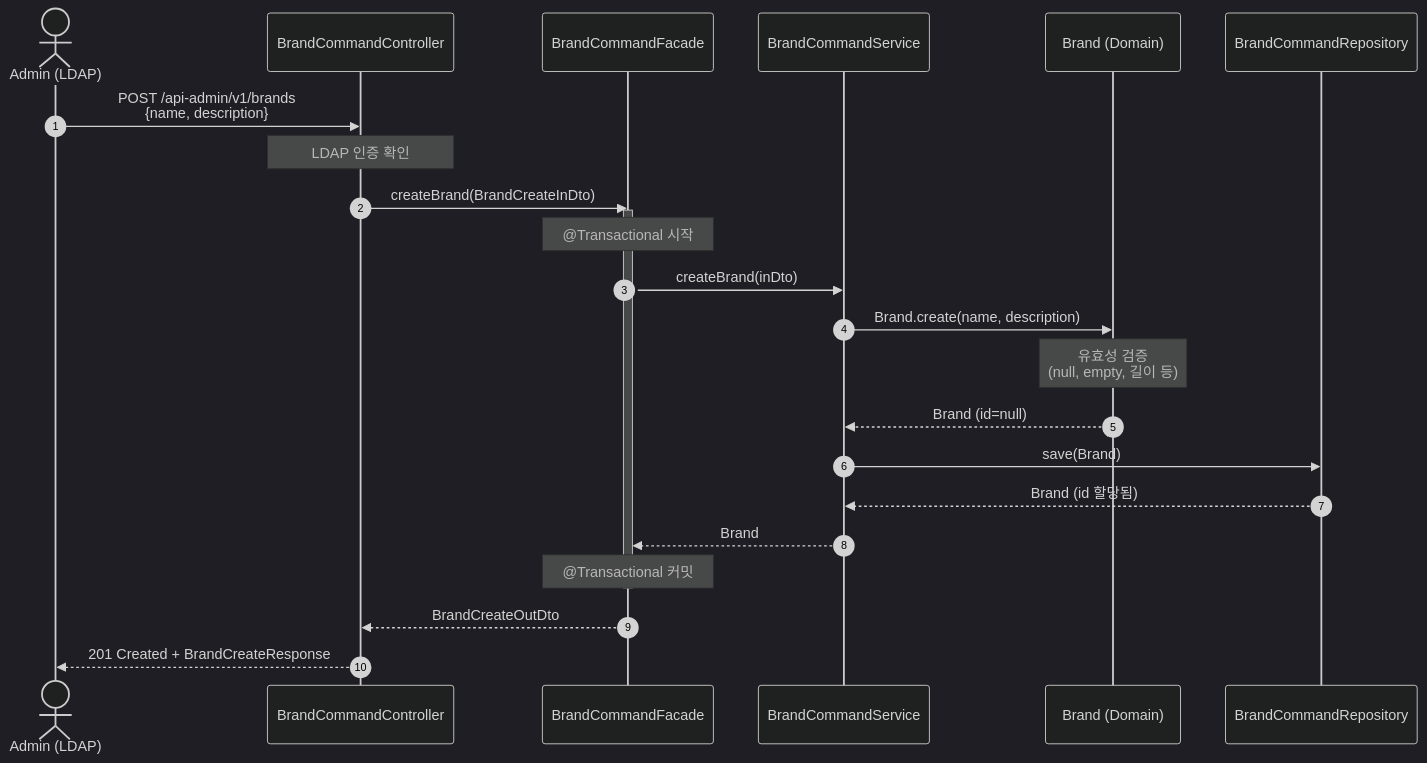
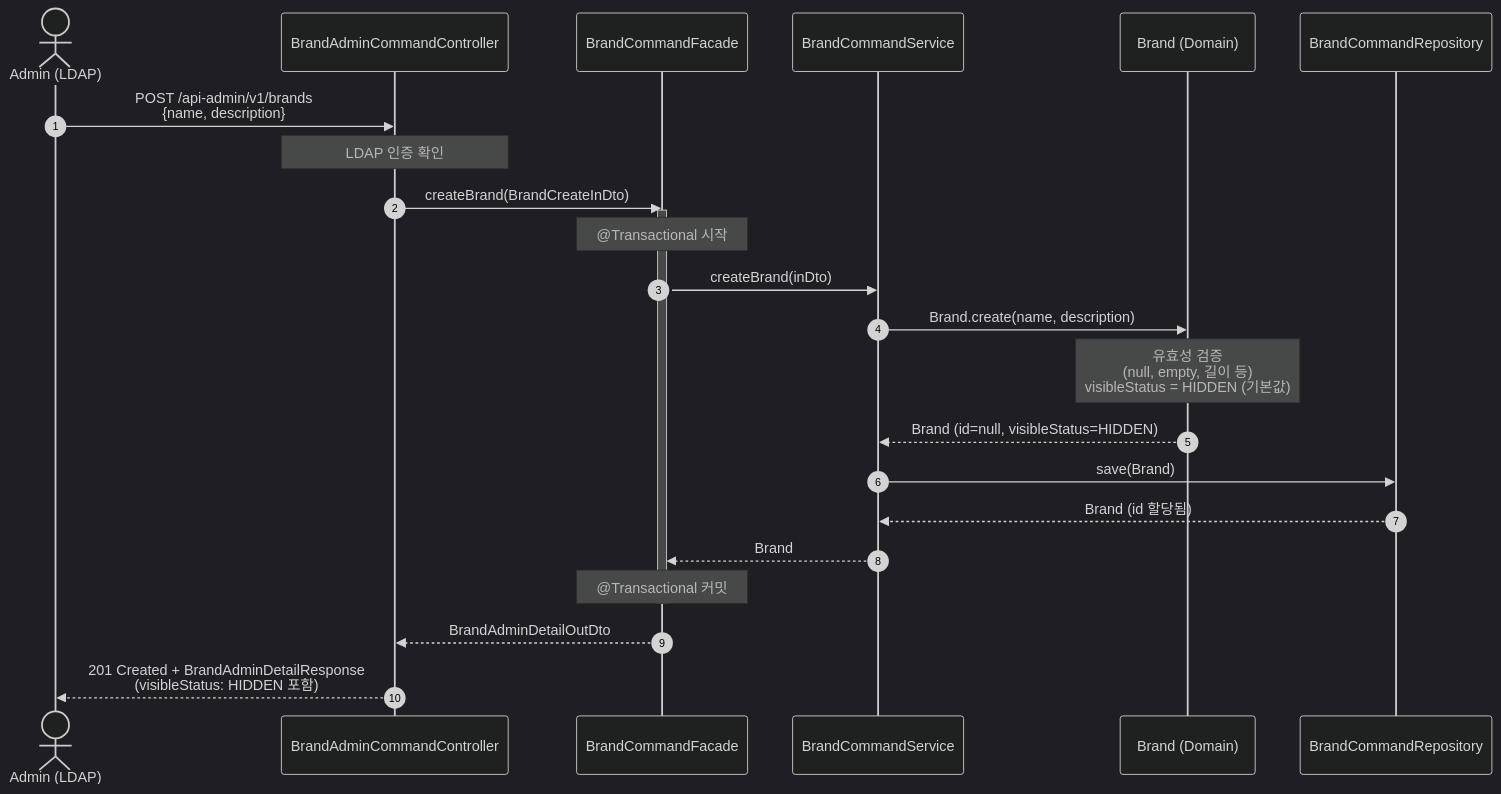
One commit to Hwan0518/loop-pack-be-l2-vol3-java changed the third of 30 diagrams in docs/design/02-sequence-diagrams.md. Above: the diagram before and after it, drawn with Mermaid (dark theme). The commit also changed other lines of this file and 474 other files, not shown here.

````diff
--- a/docs/design/02-sequence-diagrams.md
+++ b/docs/design/02-sequence-diagrams.md
@@ -229,27 +241,27 @@
 ```mermaid
 sequenceDiagram
     autonumber
     actor Admin as Admin (LDAP)
-    participant Controller as BrandCommandController
+    participant Controller as BrandAdminCommandController
     participant Facade as BrandCommandFacade
     participant Service as BrandCommandService
     participant Brand as Brand (Domain)
     participant Repository as BrandCommandRepository
 
     Admin->>Controller: POST /api-admin/v1/brands<br/>{name, description}
     Note over Controller: LDAP 인증 확인
     Controller->>Facade: createBrand(BrandCreateInDto)
     activate Facade
     Note over Facade: @Transactional 시작
     Facade->>Service: createBrand(inDto)
     Service->>Brand: Brand.create(name, description)
-    Note over Brand: 유효성 검증<br/>(null, empty, 길이 등)
-    Brand-->>Service: Brand (id=null)
+    Note over Brand: 유효성 검증<br/>(null, empty, 길이 등)<br/>visibleStatus = HIDDEN (기본값)
+    Brand-->>Service: Brand (id=null, visibleStatus=HIDDEN)
     Service->>Repository: save(Brand)
     Repository-->>Service: Brand (id 할당됨)
     Service-->>Facade: Brand
     Note over Facade: @Transactional 커밋
     deactivate Facade
-    Facade-->>Controller: BrandCreateOutDto
-    Controller-->>Admin: 201 Created + BrandCreateResponse
+    Facade-->>Controller: BrandAdminDetailOutDto
+    Controller-->>Admin: 201 Created + BrandAdminDetailResponse<br/>(visibleStatus: HIDDEN 포함)
 ```
````
